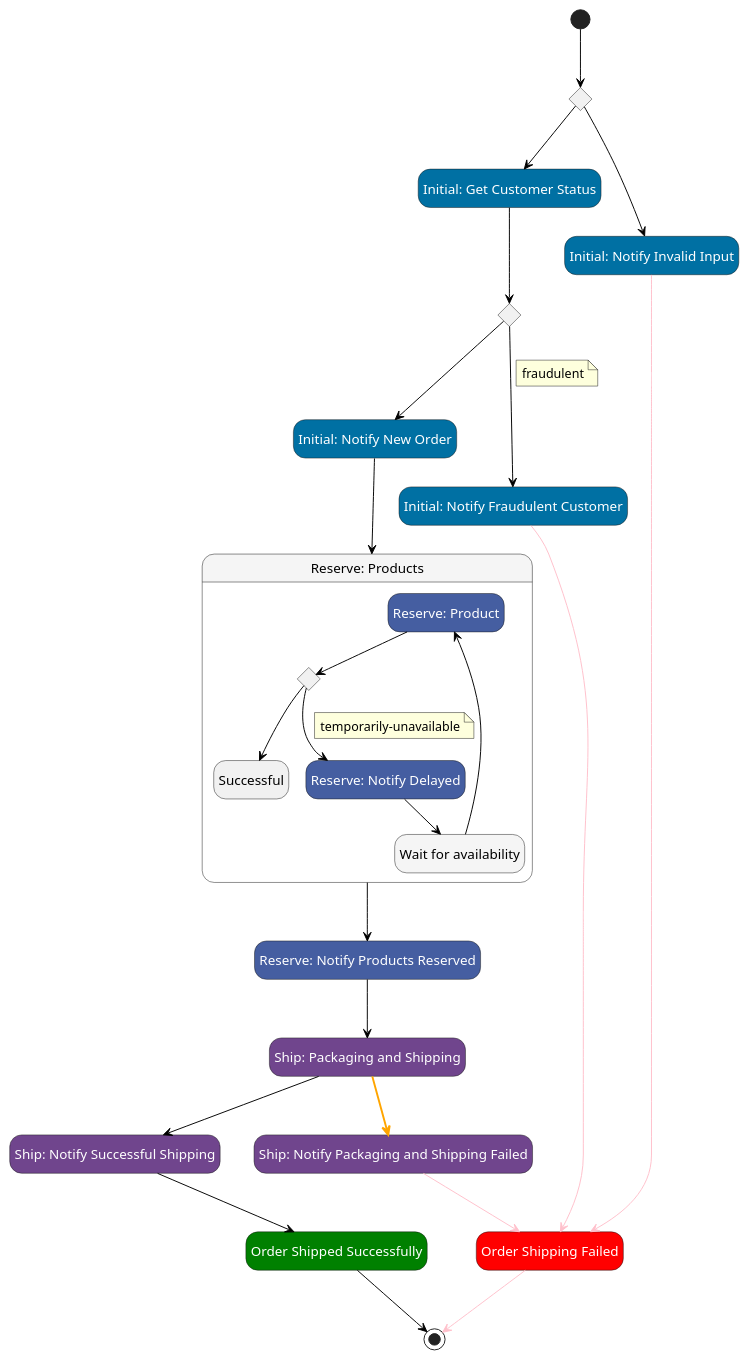
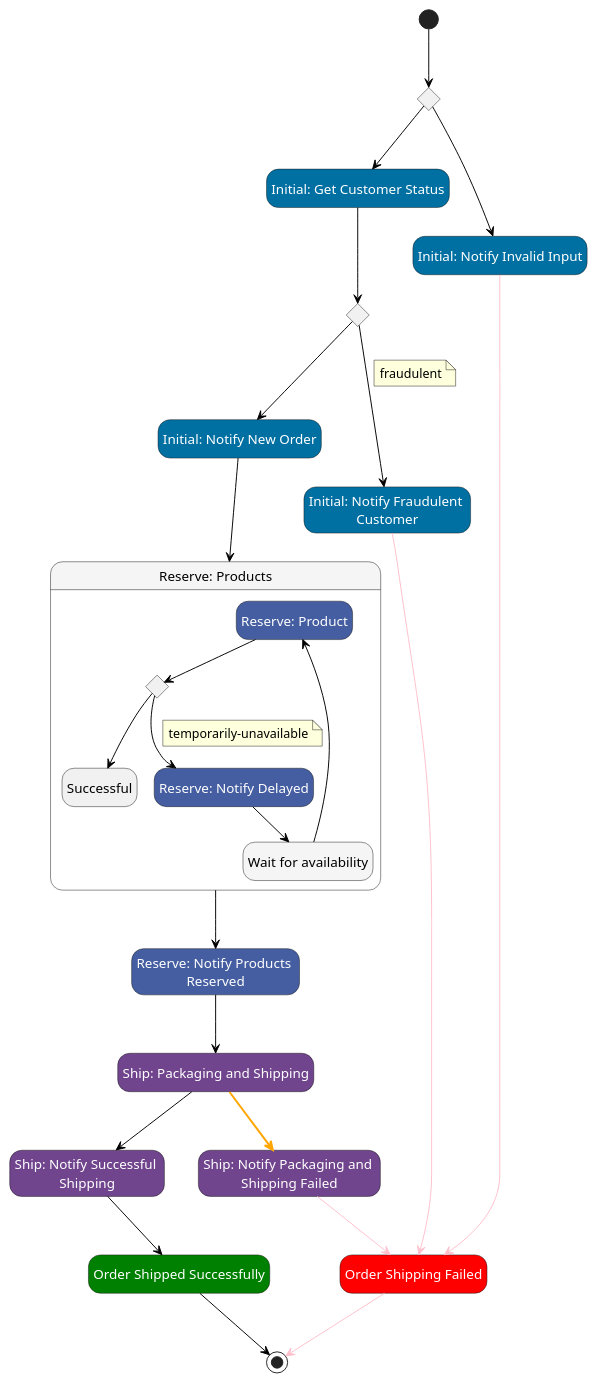
Before and after one commit to massfords/asl-puml: the diagram in src/__tests__/pumls/aws-example-ship-order.asl.puml, drawn with PlantUML. The commit also changed 6 other files, not shown here.

```diff
--- a/src/__tests__/pumls/aws-example-ship-order.asl.puml
+++ b/src/__tests__/pumls/aws-example-ship-order.asl.puml
@@ -1,77 +1,77 @@
 @startuml
 hide empty description
 skinparam ArrowColor #black
 skinparam state {
 
     BackgroundColor<<Choice>> #whitesmoke
     FontColor<<Choice>> automatic
 
     BackgroundColor<<aslFail>> #red
     FontColor<<aslFail>> automatic
 
     BackgroundColor<<aslMap>> #whitesmoke
 
     BackgroundColor<<aslSucceed>> #green
     FontColor<<aslSucceed>> automatic
 
     BackgroundColor<<aslTask>> #lightblue
     FontColor<<aslTask>> automatic
 
     BackgroundColor<<aslWait>> #whitesmoke
     FontColor<<aslWait>> automatic
     BackgroundColor<<Compensate>> #orange
     FontColor<<CustomStyle0>> automatic
     BackgroundColor<<CustomStyle0>> #0070a3
     FontColor<<CustomStyle1>> automatic
     BackgroundColor<<CustomStyle1>> #455ea1
     FontColor<<CustomStyle2>> automatic
     BackgroundColor<<CustomStyle2>> #70458d
 }
 state "Initial: Validate Input" as state1<<Choice>>
 state "Initial: Get Customer Status" as state2<<CustomStyle0>>
 state "Do Fraud Check" as state3<<Choice>>
 state "Initial: Notify New Order" as state4<<CustomStyle0>>
 state "Reserve: Products" as state5<<aslMap>> {
 state "Reserve: Product" as state14<<CustomStyle1>>
 state "Choice" as state15<<Choice>>
 state "Successful" as state16<<aslSucceedLocal>>
 state "Reserve: Notify Delayed" as state17<<CustomStyle1>>
 state "Wait for availability" as state18<<aslWait>>
 }
-state "Reserve: Notify Products Reserved" as state6<<CustomStyle1>>
+state "Reserve: Notify Products \nReserved" as state6<<CustomStyle1>>
 state "Ship: Packaging and Shipping" as state7<<CustomStyle2>>
-state "Ship: Notify Successful Shipping" as state8<<CustomStyle2>>
-state "Ship: Notify Packaging and Shipping Failed" as state9<<CustomStyle2>>
-state "Initial: Notify Fraudulent Customer" as state10<<CustomStyle0>>
+state "Ship: Notify Successful \nShipping" as state8<<CustomStyle2>>
+state "Ship: Notify Packaging and \nShipping Failed" as state9<<CustomStyle2>>
+state "Initial: Notify Fraudulent \nCustomer" as state10<<CustomStyle0>>
 state "Order Shipping Failed" as state11<<aslFail>>
 state "Order Shipped Successfully" as state12<<aslSucceed>>
 state "Initial: Notify Invalid Input" as state13<<CustomStyle0>>
 [*] --> state1
 state1 --> state13
 state1 --> state2
 state2 --> state3
 state3 --> state10
 note on link
 fraudulent
 end note
 state3 --> state4
 state4 --> state5
 state5 --> state6
 state6 --> state7
 state7 --> state8
 state7 -[bold,#orange]-> state9
 state8 --> state12
 state9 -[#pink]-> state11
 state10 -[#pink]-> state11
 state11 -[#pink]-> [*]
 state12 --> [*]
 state13 -[#pink]-> state11
 state14 --> state15
 state15 --> state17
 note on link
 temporarily-unavailable
 end note
 state15 --> state16
 state17 --> state18
 state18 --> state14
 @enduml
```
